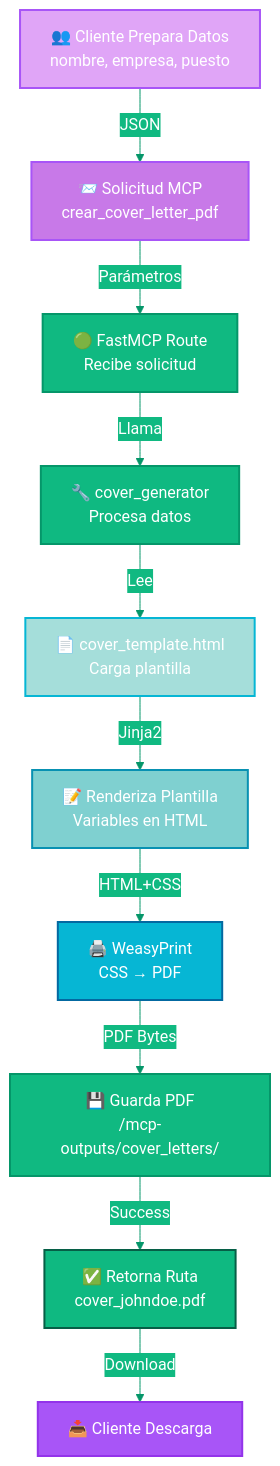
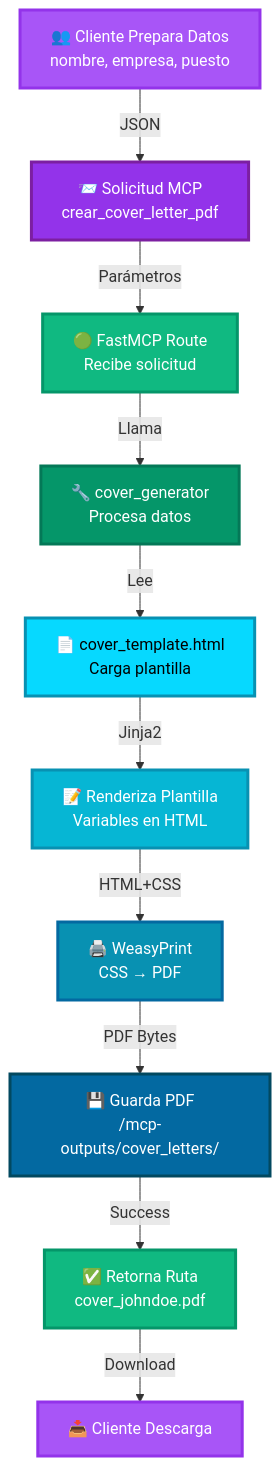
One commit to cjhirashi/cjhirashi-career changed the second of 4 diagrams in docs/DATA_FLOW.md. Above: the diagram before and after it, drawn with Mermaid. The commit also changed other lines of this file and 2 other files, not shown here.

First line of the commit message:
fix: Rebuild Mermaid diagrams with solid color gradients for better visibility

````diff
--- a/docs/DATA_FLOW.md
+++ b/docs/DATA_FLOW.md
@@ -68,37 +64,32 @@
 ```mermaid
-%%{init: {
-  'theme': 'base',
-  'themeVariables': {
-    'primaryColor': '#A855F7',
-    'primaryTextColor': '#ffffff',
-    'primaryBorderColor': '#9333EA',
-    'secondaryColor': '#10B981',
-    'secondaryBorderColor': '#059669',
-    'tertiaryColor': '#06B6D4',
-    'tertiaryBorderColor': '#0891B2',
-    'lineColor': '#059669'
-  }
-}}%%
-
 graph TD
   A["👥 Cliente Prepara Datos<br/>nombre, empresa, puesto"] -->|"JSON"| B["📨 Solicitud MCP<br/>crear_cover_letter_pdf"]
   B -->|"Parámetros"| C["🟢 FastMCP Route<br/>Recibe solicitud"]
   C -->|"Llama"| D["🔧 cover_generator<br/>Procesa datos"]
   D -->|"Lee"| E["📄 cover_template.html<br/>Carga plantilla"]
   E -->|"Jinja2"| F["📝 Renderiza Plantilla<br/>Variables en HTML"]
   F -->|"HTML+CSS"| G["🖨️ WeasyPrint<br/>CSS → PDF"]
   G -->|"PDF Bytes"| H["💾 Guarda PDF<br/>/mcp-outputs/cover_letters/"]
   H -->|"Success"| I["✅ Retorna Ruta<br/>cover_johndoe.pdf"]
   I -->|"Download"| J["📥 Cliente Descarga"]
 
-  style A fill:#E0A5F7,stroke:#A855F7,stroke-width:2px,color:#fff
-  style B fill:#C879E8,stroke:#A855F7,stroke-width:2px,color:#fff
-  style C fill:#10B981,stroke:#059669,stroke-width:2px,color:#fff
-  style D fill:#0FB981,stroke:#059669,stroke-width:2px,color:#fff
-  style E fill:#A5DEDA,stroke:#06B6D4,stroke-width:2px,color:#fff
-  style F fill:#7FD0D0,stroke:#0891B2,stroke-width:2px,color:#fff
-  style G fill:#06B6D4,stroke:#0369A1,stroke-width:2px,color:#fff
-  style H fill:#10B981,stroke:#059669,stroke-width:2px,color:#fff
-  style I fill:#0FB981,stroke:#065F46,stroke-width:2px,color:#fff
-  style J fill:#A855F7,stroke:#9333EA,stroke-width:2px,color:#fff
+  %% MORADO (Cliente/Entrada)
+  style A fill:#A855F7,stroke:#9333EA,stroke-width:3px,color:#fff
+  style B fill:#9333EA,stroke:#7C1FA1,stroke-width:3px,color:#fff
+  
+  %% VERDE (FastMCP/Procesamiento)
+  style C fill:#10B981,stroke:#059669,stroke-width:3px,color:#fff
+  style D fill:#059669,stroke:#047857,stroke-width:3px,color:#fff
+  
+  %% CYAN (Plantillas)
+  style E fill:#06D9FF,stroke:#0891B2,stroke-width:3px,color:#000
+  style F fill:#06B6D4,stroke:#0891B2,stroke-width:3px,color:#fff
+  
+  %% CYAN OSCURO (PDF)
+  style G fill:#0891B2,stroke:#0369A1,stroke-width:3px,color:#fff
+  style H fill:#0369A1,stroke:#024960,stroke-width:3px,color:#fff
+  
+  %% VERDE (Respuesta)
+  style I fill:#10B981,stroke:#059669,stroke-width:3px,color:#fff
+  style J fill:#A855F7,stroke:#9333EA,stroke-width:3px,color:#fff
 ```
````
